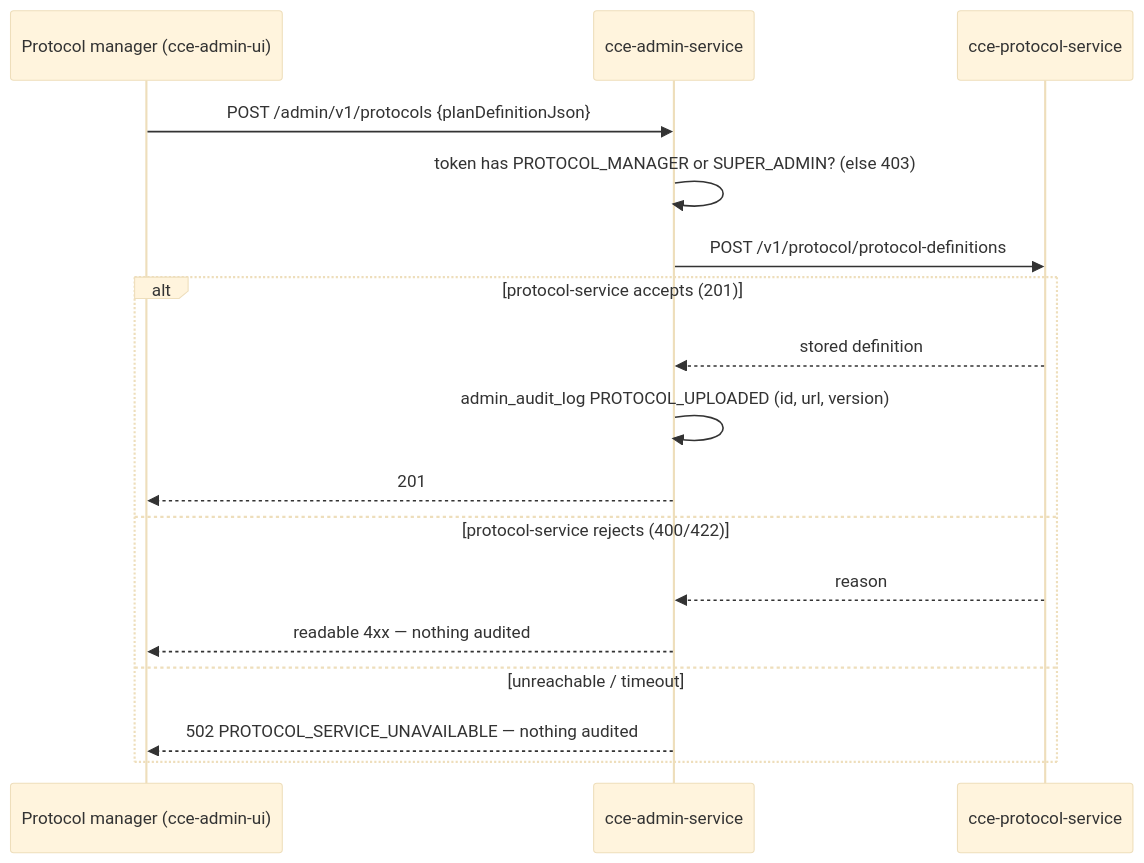
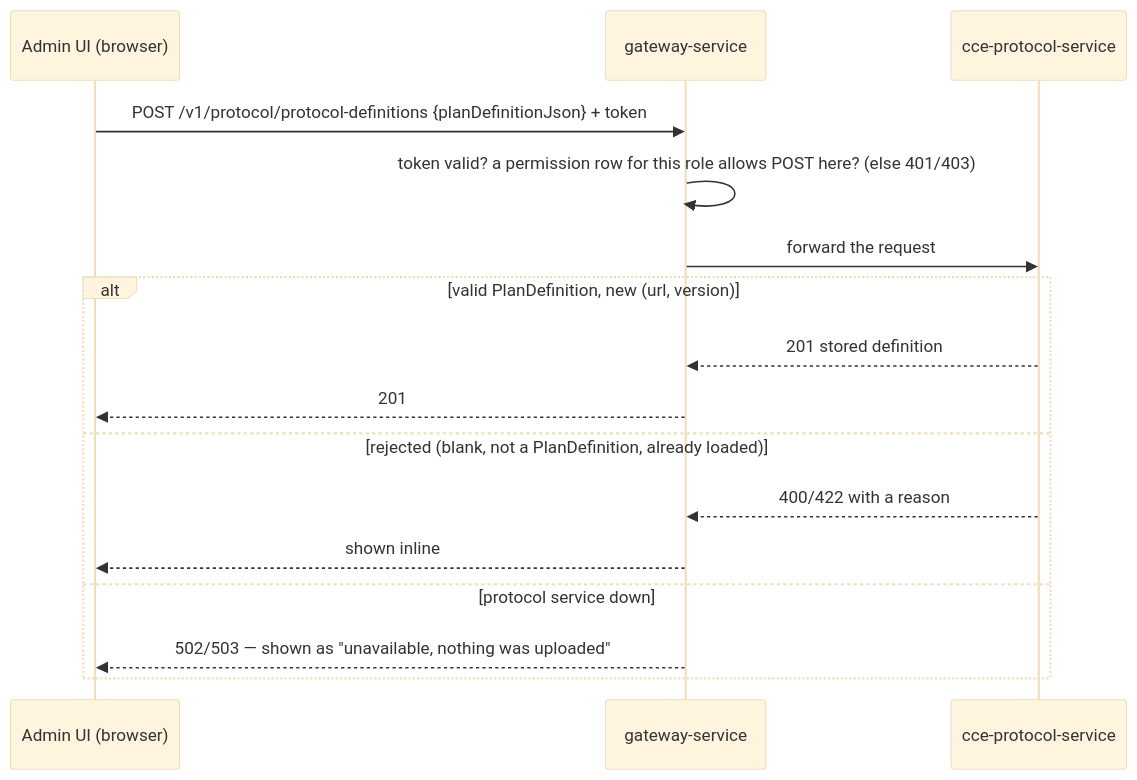
Before and after one commit to rahularakeri1/cce-admin-service: the third of 3 diagrams in docs/architecture-overview.md, drawn with Mermaid (base theme). The commit also changed other lines of this file and 4 other files, not shown here.

First line of the commit message:
Docs – Re-plan: Milestones 7–8 (direct protocol calls, no seeded role, open questions)

````diff
--- a/docs/architecture-overview.md
+++ b/docs/architecture-overview.md
@@ -409,19 +424,18 @@
 ```mermaid
 sequenceDiagram
-    participant U as Protocol manager (cce-admin-ui)
-    participant A as cce-admin-service
+    participant U as Admin UI (browser)
+    participant G as gateway-service
     participant P as cce-protocol-service
-    U->>A: POST /admin/v1/protocols {planDefinitionJson}
-    A->>A: token has PROTOCOL_MANAGER or SUPER_ADMIN? (else 403)
-    A->>P: POST /v1/protocol/protocol-definitions
-    alt protocol-service accepts (201)
-        P-->>A: stored definition
-        A->>A: admin_audit_log PROTOCOL_UPLOADED (id, url, version)
-        A-->>U: 201
-    else protocol-service rejects (400/422)
-        P-->>A: reason
-        A-->>U: readable 4xx — nothing audited
-    else unreachable / timeout
-        A-->>U: 502 PROTOCOL_SERVICE_UNAVAILABLE — nothing audited
+    U->>G: POST /v1/protocol/protocol-definitions {planDefinitionJson} + token
+    G->>G: token valid? a permission row for this role allows POST here? (else 401/403)
+    G->>P: forward the request
+    alt valid PlanDefinition, new (url, version)
+        P-->>G: 201 stored definition
+        G-->>U: 201
+    else rejected (blank, not a PlanDefinition, already loaded)
+        P-->>G: 400/422 with a reason
+        G-->>U: shown inline
+    else protocol service down
+        G-->>U: 502/503 — shown as "unavailable, nothing was uploaded"
     end
 ```
````
